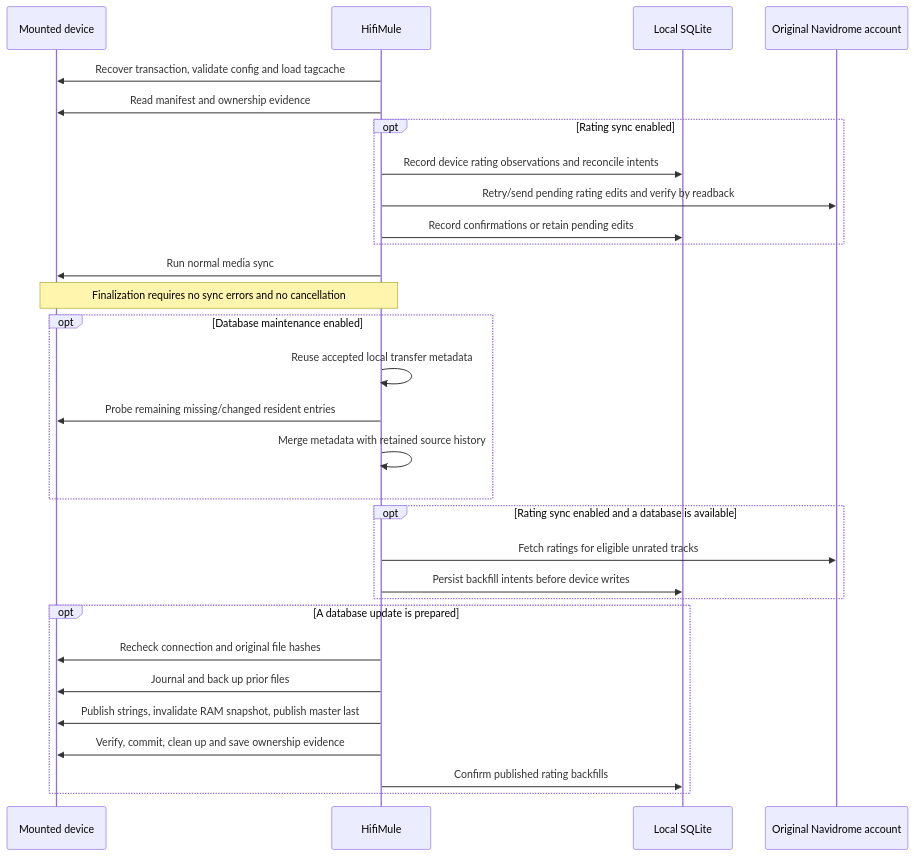
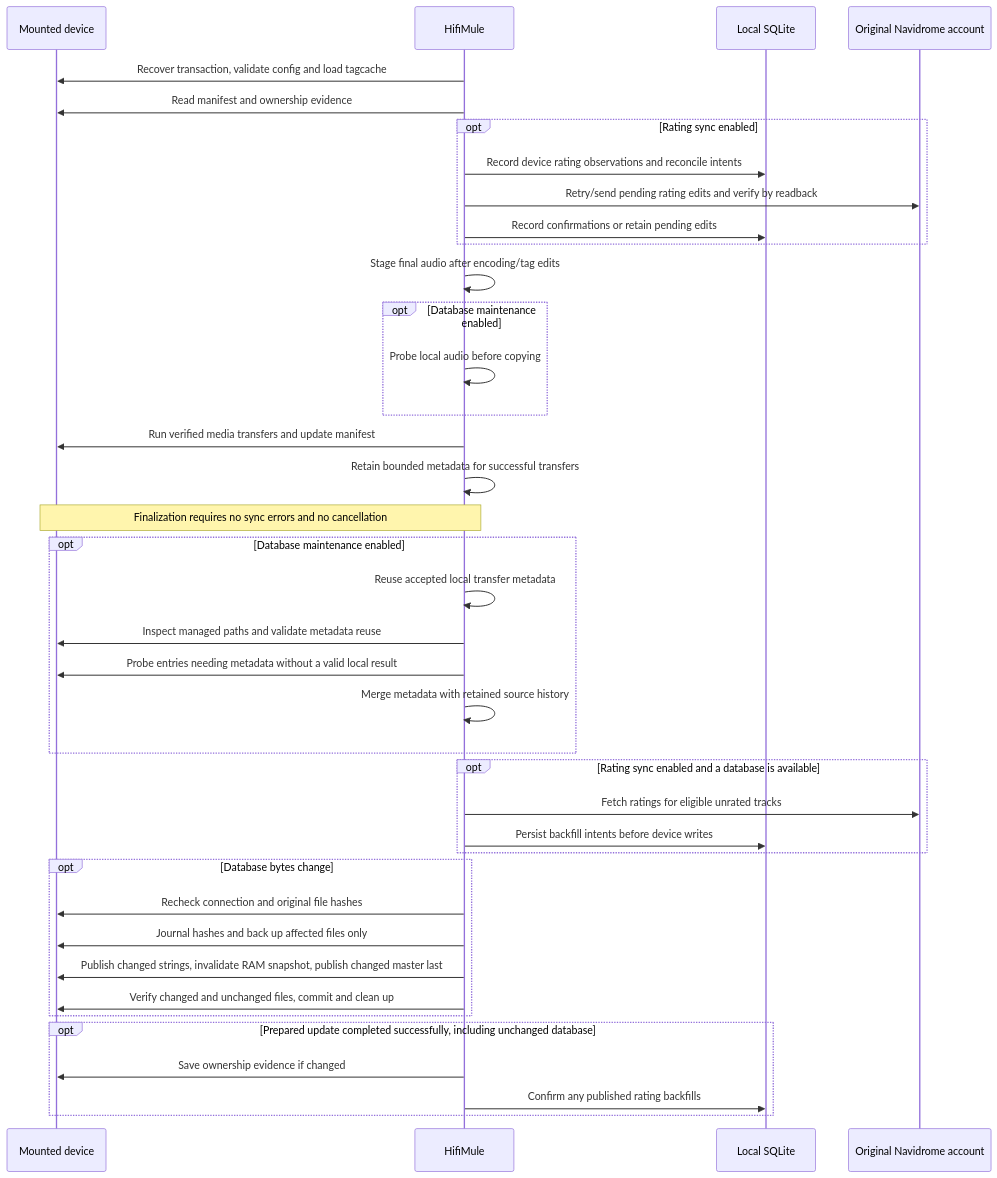
The second of 2 diagrams in docs/rockbox-tagcache-data-flow.md (HifiMule/HifiMule), drawn with Mermaid before and after one commit. The commit also changed other lines of this file and 2 other files, not shown here.

Commit message:
Update documentations with latest rockbox tagcache sync.

````diff
--- a/docs/rockbox-tagcache-data-flow.md
+++ b/docs/rockbox-tagcache-data-flow.md
@@ -123,32 +124,41 @@
 ```mermaid
 sequenceDiagram
     participant D as Mounted device
     participant H as HifiMule
     participant L as Local SQLite
     participant S as Original Navidrome account
     H->>D: Recover transaction, validate config and load tagcache
     H->>D: Read manifest and ownership evidence
     opt Rating sync enabled
         H->>L: Record device rating observations and reconcile intents
         H->>S: Retry/send pending rating edits and verify by readback
         H->>L: Record confirmations or retain pending edits
     end
-    H->>D: Run normal media sync
+    H->>H: Stage final audio after encoding/tag edits
+    opt Database maintenance enabled
+        H->>H: Probe local audio before copying
+    end
+    H->>D: Run verified media transfers and update manifest
+    H->>H: Retain bounded metadata for successful transfers
     Note over H,D: Finalization requires no sync errors and no cancellation
     opt Database maintenance enabled
         H->>H: Reuse accepted local transfer metadata
-        H->>D: Probe remaining missing/changed resident entries
+        H->>D: Inspect managed paths and validate metadata reuse
+        H->>D: Probe entries needing metadata without a valid local result
         H->>H: Merge metadata with retained source history
     end
     opt Rating sync enabled and a database is available
         H->>S: Fetch ratings for eligible unrated tracks
         H->>L: Persist backfill intents before device writes
     end
-    opt A database update is prepared
+    opt Database bytes change
         H->>D: Recheck connection and original file hashes
-        H->>D: Journal and back up prior files
-        H->>D: Publish strings, invalidate RAM snapshot, publish master last
-        H->>D: Verify, commit, clean up and save ownership evidence
-        H->>L: Confirm published rating backfills
+        H->>D: Journal hashes and back up affected files only
+        H->>D: Publish changed strings, invalidate RAM snapshot, publish changed master last
+        H->>D: Verify changed and unchanged files, commit and clean up
+    end
+    opt Prepared update completed successfully, including unchanged database
+        H->>D: Save ownership evidence if changed
+        H->>L: Confirm any published rating backfills
     end
 ```
````
